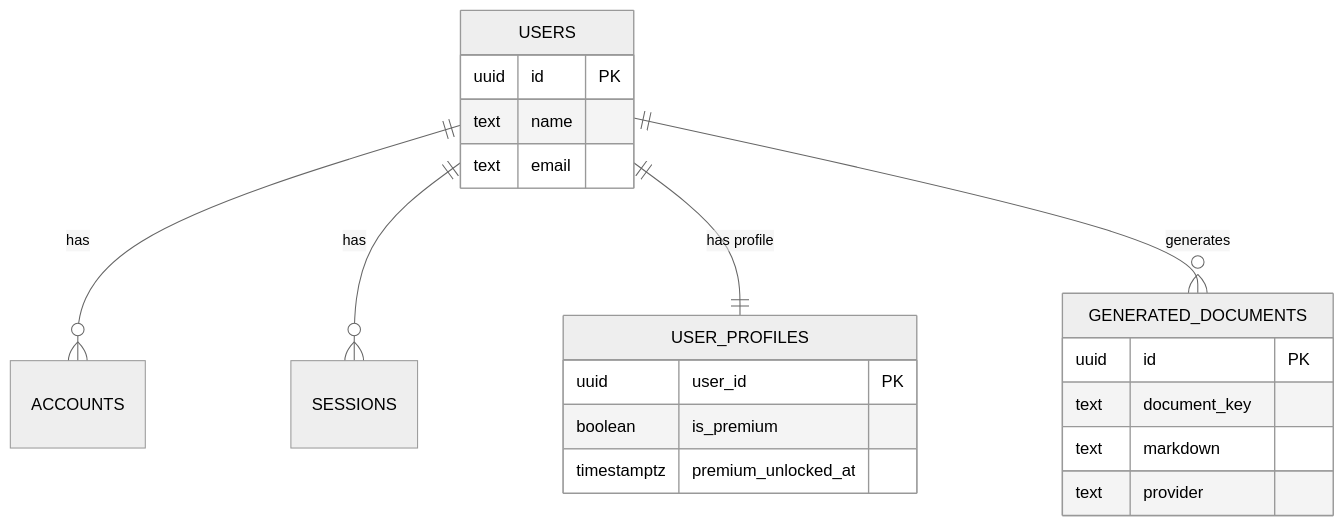
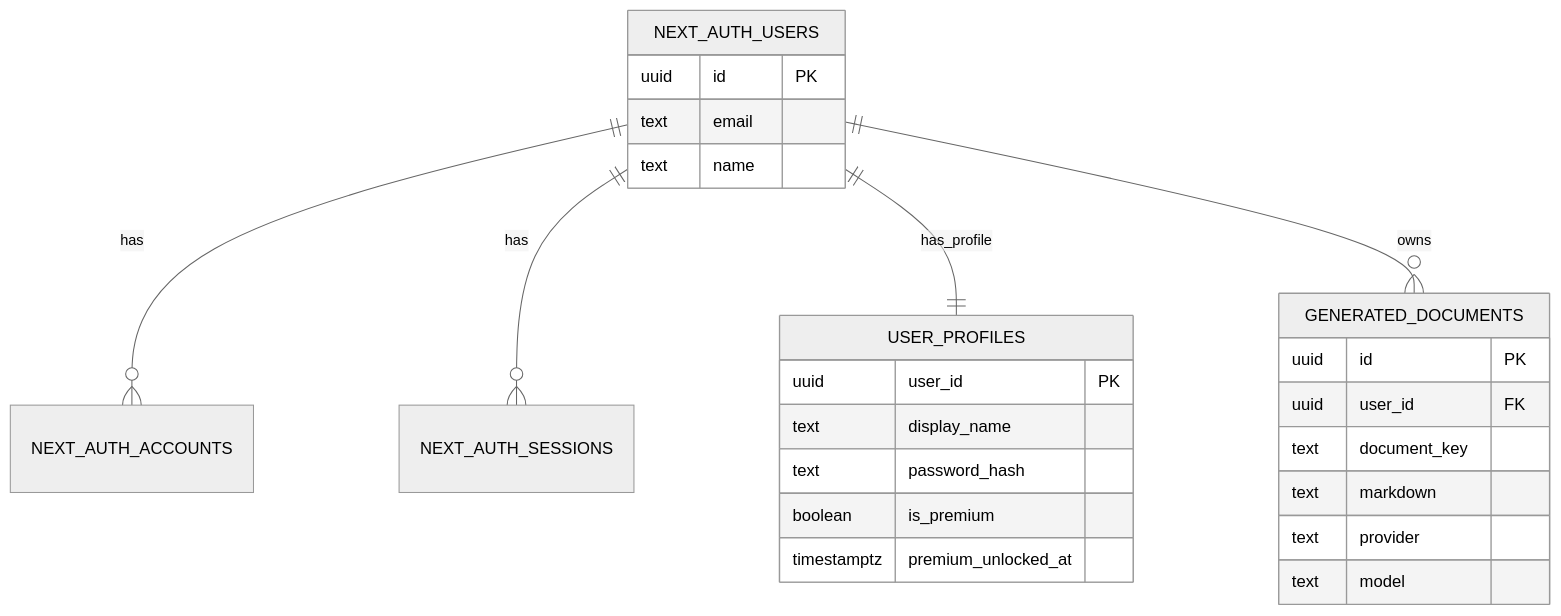
The first of 3 diagrams in تحليل_المشروع.md (policypack9-ctrl/policy-pack-v1), drawn with Mermaid (neutral theme) before and after one commit. The commit also changed other lines of this file and 8 other files, not shown here.

Commit message:
chore: enforce clean CI gates and fix auth email validation

````diff
--- a/تحليل_المشروع.md
+++ b/تحليل_المشروع.md
@@ -58,24 +211,28 @@
 ```mermaid
 erDiagram
-    USERS ||--o{ ACCOUNTS : "has"
-    USERS ||--o{ SESSIONS : "has"
-    USERS ||--|| USER_PROFILES : "has profile"
-    USERS ||--o{ GENERATED_DOCUMENTS : "generates"
+  NEXT_AUTH_USERS ||--o{ NEXT_AUTH_ACCOUNTS : has
+  NEXT_AUTH_USERS ||--o{ NEXT_AUTH_SESSIONS : has
+  NEXT_AUTH_USERS ||--|| USER_PROFILES : has_profile
+  NEXT_AUTH_USERS ||--o{ GENERATED_DOCUMENTS : owns
 
-    USERS {
-        uuid id PK
-        text name
-        text email
-    }
-    USER_PROFILES {
-        uuid user_id PK
-        boolean is_premium
-        timestamptz premium_unlocked_at
-    }
-    GENERATED_DOCUMENTS {
-        uuid id PK
-        text document_key
-        text markdown
-        text provider
-    }
+  NEXT_AUTH_USERS {
+    uuid id PK
+    text email
+    text name
+  }
+  USER_PROFILES {
+    uuid user_id PK
+    text display_name
+    text password_hash
+    boolean is_premium
+    timestamptz premium_unlocked_at
+  }
+  GENERATED_DOCUMENTS {
+    uuid id PK
+    uuid user_id FK
+    text document_key
+    text markdown
+    text provider
+    text model
+  }
 ```
````
